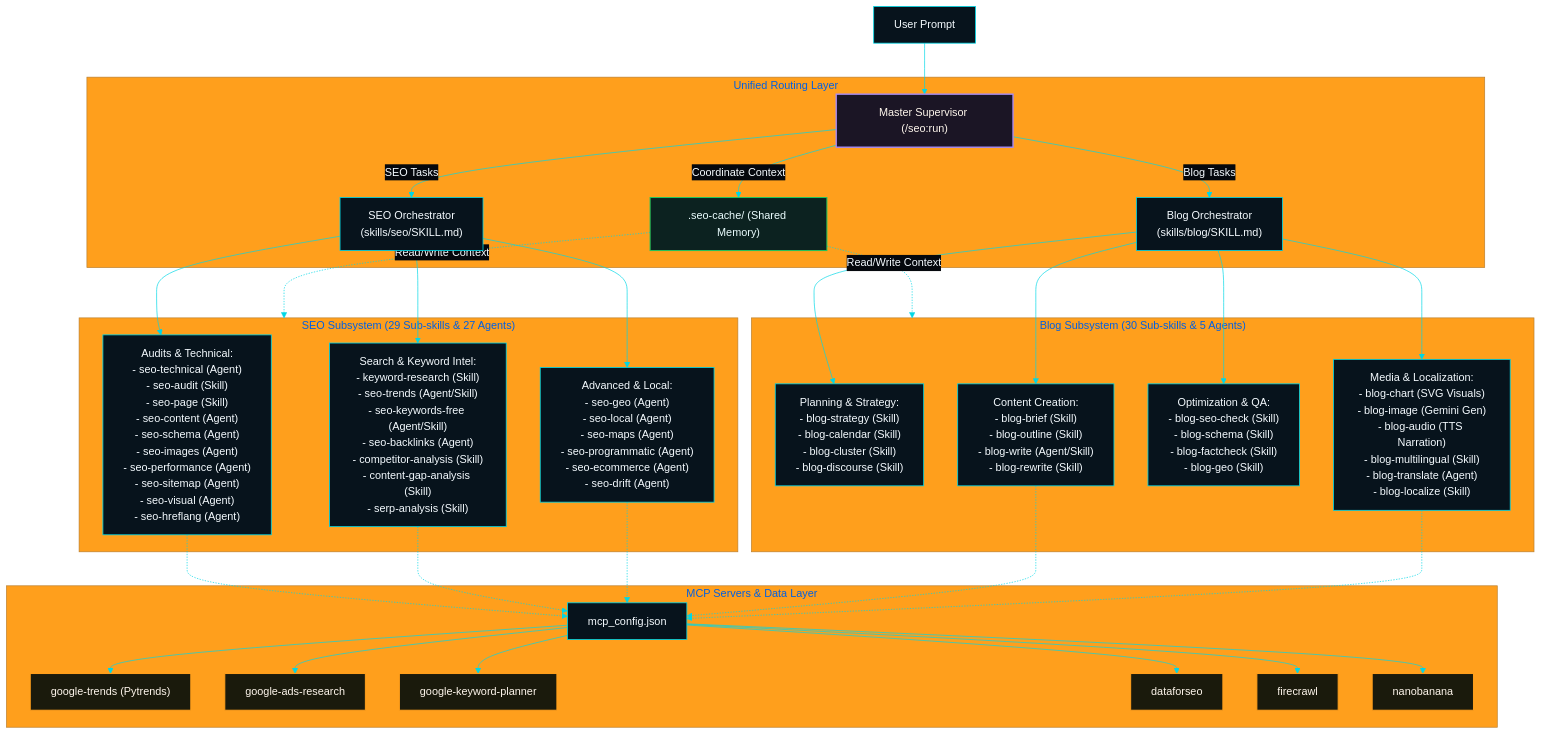
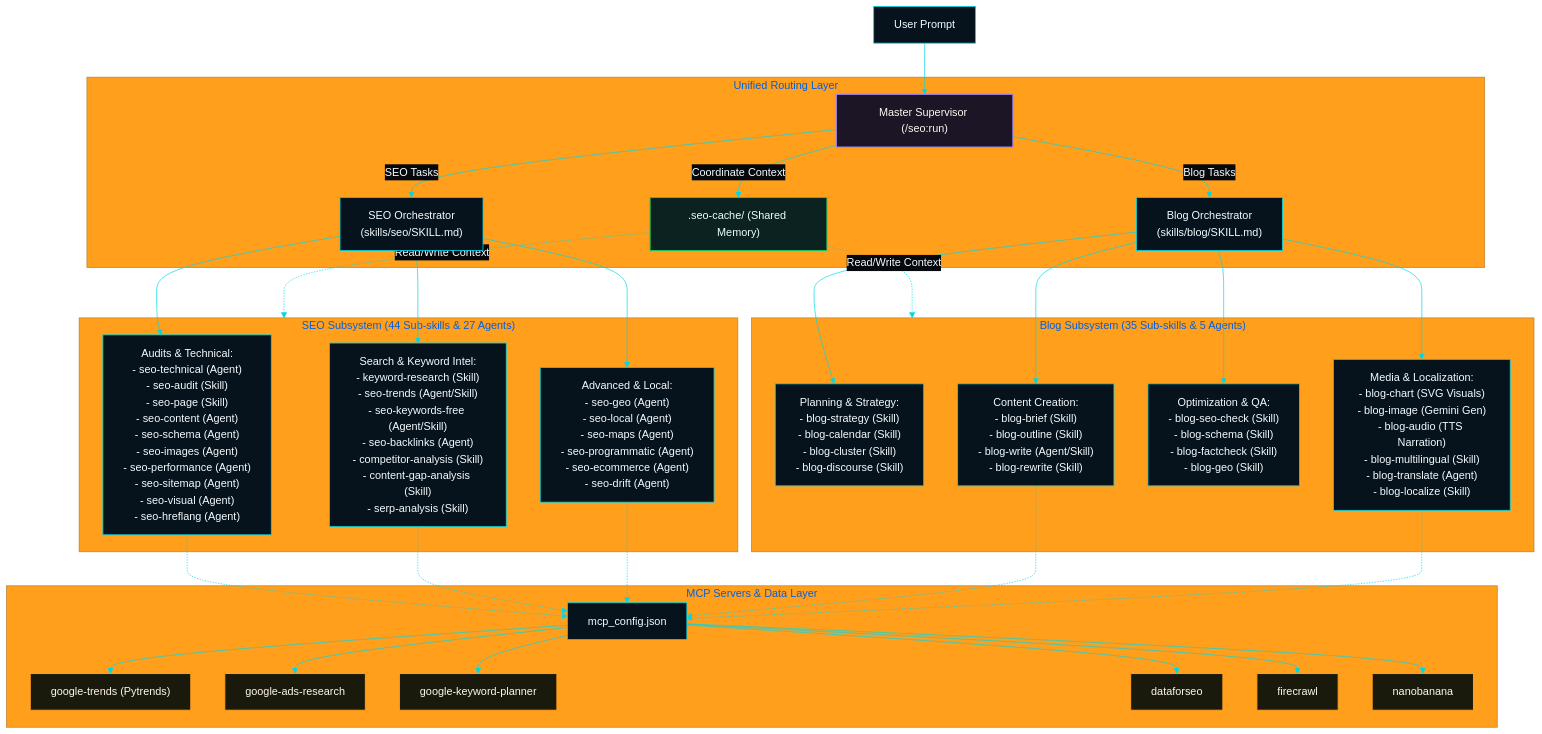
One commit to dotusmanali/antigravity-seo changed the diagram in README.md. Above: the diagram before and after it, drawn with Mermaid. The commit also changed other lines of this file and 5 other files, not shown here.

````diff
--- a/README.md
+++ b/README.md
@@ -32,51 +32,51 @@
 ```mermaid
 %%{init: {"theme":"base","themeVariables":{"background":"#05080d","primaryColor":"#07131c","primaryTextColor":"#f5fbff","primaryBorderColor":"#00d7e6","lineColor":"#00d7e6","secondaryColor":"#06222a","tertiaryColor":"#ff9f1c","edgeLabelBackground":"#05080d","fontFamily":"Inter, ui-sans-serif, system-ui, sans-serif"}}}%%
 flowchart TD
   User["User Prompt"] --> Run["Master Supervisor (/seo:run)"]
   
   subgraph Routing ["Unified Routing Layer"]
     Run -->|"Coordinate Context"| Cache[".seo-cache/ (Shared Memory)"]
     Run -->|"SEO Tasks"| SEO["SEO Orchestrator<br/>(skills/seo/SKILL.md)"]
     Run -->|"Blog Tasks"| Blog["Blog Orchestrator<br/>(skills/blog/SKILL.md)"]
   end
 
-  subgraph SEOSubsystem ["SEO Subsystem (29 Sub-skills & 27 Agents)"]
+  subgraph SEOSubsystem ["SEO Subsystem (44 Sub-skills & 27 Agents)"]
     SEO --> SEO_Audits["Audits & Technical:<br/>- seo-technical (Agent)<br/>- seo-audit (Skill)<br/>- seo-page (Skill)<br/>- seo-content (Agent)<br/>- seo-schema (Agent)<br/>- seo-images (Agent)<br/>- seo-performance (Agent)<br/>- seo-sitemap (Agent)<br/>- seo-visual (Agent)<br/>- seo-hreflang (Agent)"]
     SEO --> SEO_Intel["Search & Keyword Intel:<br/>- keyword-research (Skill)<br/>- seo-trends (Agent/Skill)<br/>- seo-keywords-free (Agent/Skill)<br/>- seo-backlinks (Agent)<br/>- competitor-analysis (Skill)<br/>- content-gap-analysis (Skill)<br/>- serp-analysis (Skill)"]
     SEO --> SEO_Advanced["Advanced & Local:<br/>- seo-geo (Agent)<br/>- seo-local (Agent)<br/>- seo-maps (Agent)<br/>- seo-programmatic (Agent)<br/>- seo-ecommerce (Agent)<br/>- seo-drift (Agent)"]
   end
-
-  subgraph BlogSubsystem ["Blog Subsystem (30 Sub-skills & 5 Agents)"]
+ 
+  subgraph BlogSubsystem ["Blog Subsystem (35 Sub-skills & 5 Agents)"]
     Blog --> Blog_Plan["Planning & Strategy:<br/>- blog-strategy (Skill)<br/>- blog-calendar (Skill)<br/>- blog-cluster (Skill)<br/>- blog-discourse (Skill)"]
     Blog --> Blog_Create["Content Creation:<br/>- blog-brief (Skill)<br/>- blog-outline (Skill)<br/>- blog-write (Agent/Skill)<br/>- blog-rewrite (Skill)"]
     Blog --> Blog_Opt["Optimization & QA:<br/>- blog-seo-check (Skill)<br/>- blog-schema (Skill)<br/>- blog-factcheck (Skill)<br/>- blog-geo (Skill)"]
     Blog --> Blog_Assets["Media & Localization:<br/>- blog-chart (SVG Visuals)<br/>- blog-image (Gemini Gen)<br/>- blog-audio (TTS Narration)<br/>- blog-multilingual (Skill)<br/>- blog-translate (Agent)<br/>- blog-localize (Skill)"]
   end
-
+ 
   subgraph ToolsLayer ["MCP Servers & Data Layer"]
     SEO_Audits -.-> MCP_Gate["mcp_config.json"]
     SEO_Intel -.-> MCP_Gate
     SEO_Advanced -.-> MCP_Gate
     Blog_Create -.-> MCP_Gate
     Blog_Assets -.-> MCP_Gate
-    
+     
     MCP_Gate --> MCP_Trends["google-trends (Pytrends)"]
     MCP_Gate --> MCP_Ads["google-ads-research"]
     MCP_Gate --> MCP_Planner["google-keyword-planner"]
     MCP_Gate --> MCP_DFS["dataforseo"]
     MCP_Gate --> MCP_Crawl["firecrawl"]
     MCP_Gate --> MCP_Screen["nanobanana"]
   end
-  
+   
   Cache -.->|"Read/Write Context"| SEOSubsystem
   Cache -.->|"Read/Write Context"| BlogSubsystem
-
+ 
   classDef default fill:#07131c,stroke:#00d7e6,color:#f5fbff,stroke-width:1.2px
   classDef supervisor fill:#1b1525,stroke:#a78bfa,color:#fff7ed,stroke-width:2px
   classDef cache fill:#0c2220,stroke:#22c55e,color:#ecfeff,stroke-width:1.5px
   classDef mcp fill:#1a1a0c,stroke:#ff9f1c,color:#fff7ed,stroke-width:1.5px
-  
+   
   class Run supervisor
   class Cache cache
   class MCP_Trends,MCP_Ads,MCP_Planner,MCP_DFS,MCP_Crawl,MCP_Screen mcp
 ```
````
